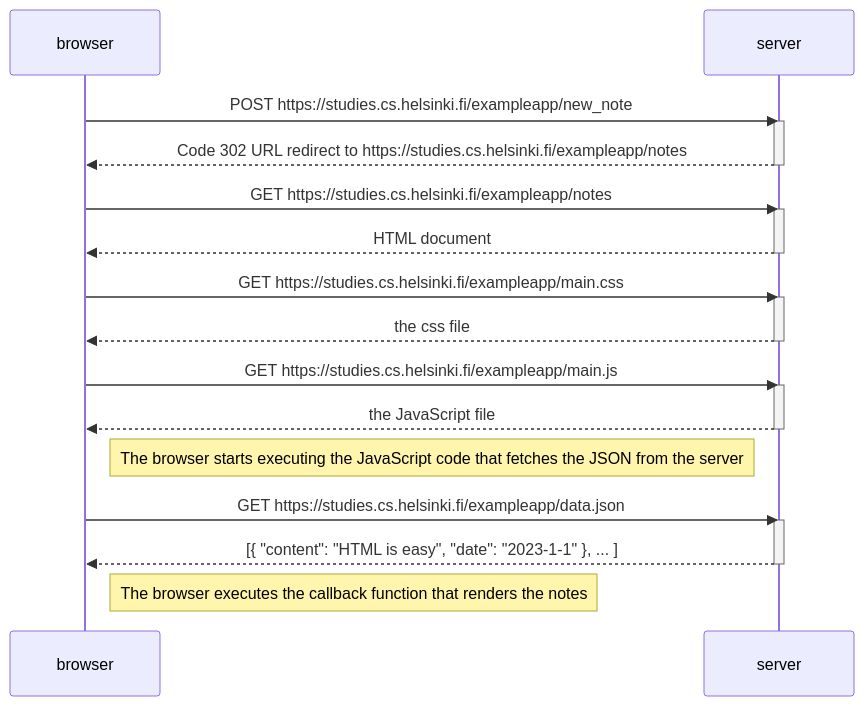
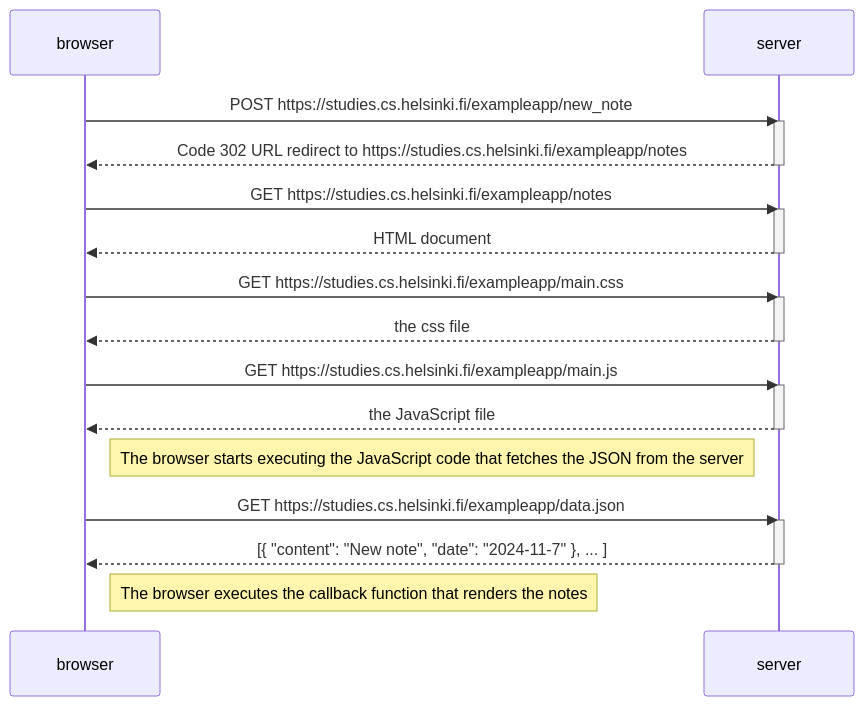
The diagram in part0/noteDiagram.md (ptzburn/fullstackHelsinki), drawn with Mermaid before and after one commit.

````diff
--- a/part0/noteDiagram.md
+++ b/part0/noteDiagram.md
@@ -1,35 +1,35 @@
 ```mermaid
 sequenceDiagram
     participant browser
     participant server
 
     browser->>server: POST https://studies.cs.helsinki.fi/exampleapp/new_note
     activate server
     server-->>browser: Code 302 URL redirect to https://studies.cs.helsinki.fi/exampleapp/notes
     deactivate server
 
     browser->>server: GET https://studies.cs.helsinki.fi/exampleapp/notes
     activate server
     server-->>browser: HTML document
     deactivate server
 
     browser->>server: GET https://studies.cs.helsinki.fi/exampleapp/main.css
     activate server
     server-->>browser: the css file
     deactivate server
 
 
     browser->>server: GET https://studies.cs.helsinki.fi/exampleapp/main.js
     activate server
     server-->>browser: the JavaScript file
     deactivate server
 
     Note right of browser: The browser starts executing the JavaScript code that fetches the JSON from the server
 
     browser->>server: GET https://studies.cs.helsinki.fi/exampleapp/data.json
     activate server
-    server-->>browser: [{ "content": "HTML is easy", "date": "2023-1-1" }, ... ]
+    server-->>browser: [{ "content": "New note", "date": "2024-11-7" }, ... ]
     deactivate server
 
     Note right of browser: The browser executes the callback function that renders the notes
 ```
````
